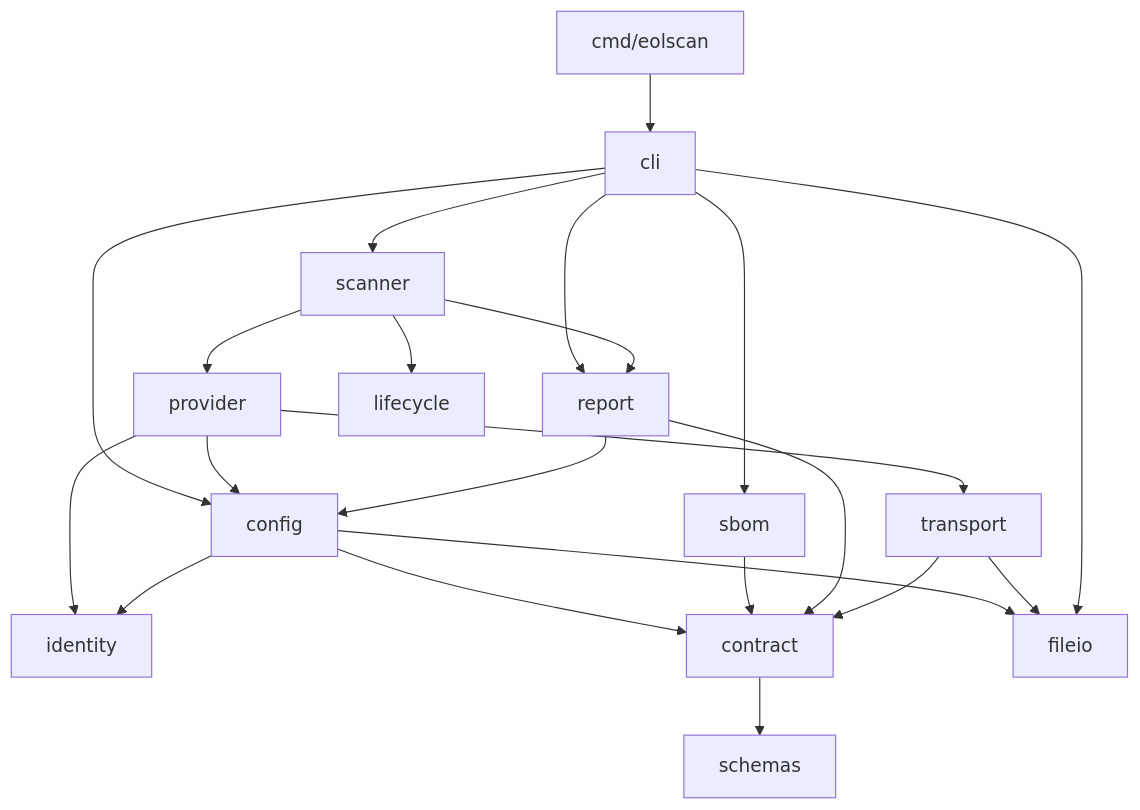
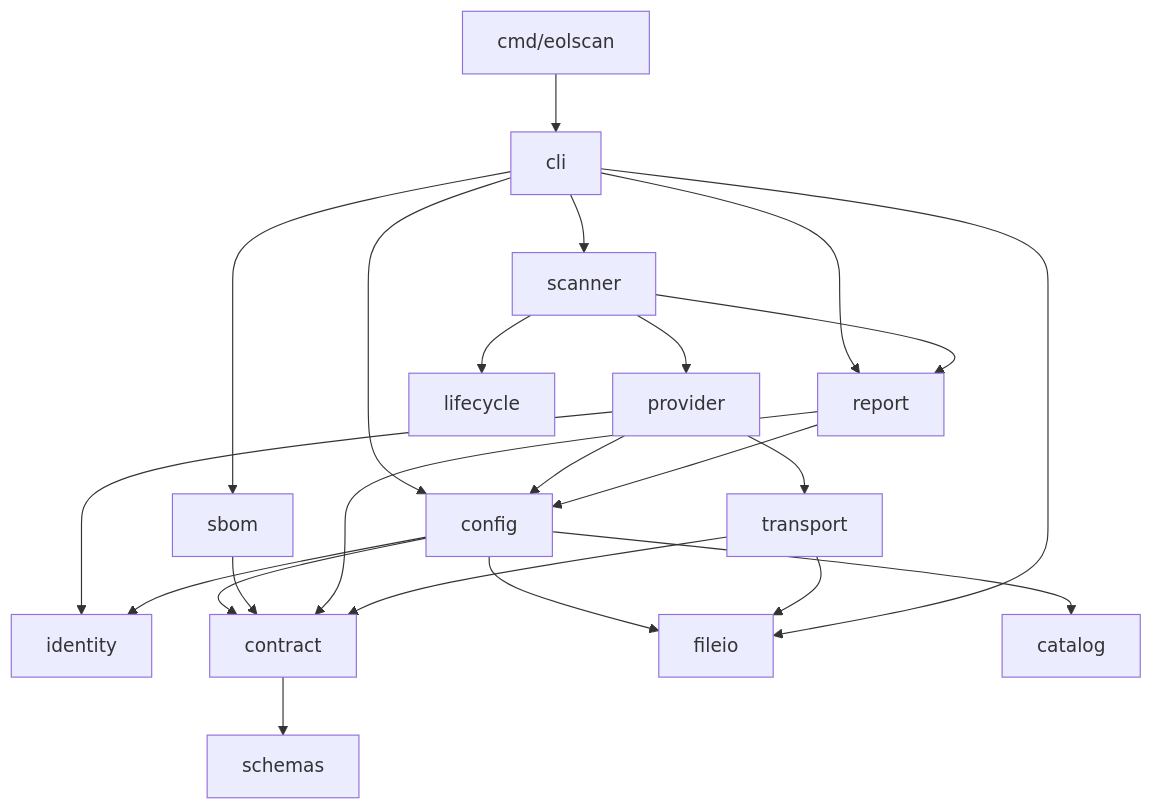
One commit to Pirikara/eolscan changed the diagram in docs/architecture.md. Above: the diagram before and after it, drawn with Mermaid. The commit also changed other lines of this file and 46 other files, not shown here.

````diff
--- a/docs/architecture.md
+++ b/docs/architecture.md
@@ -27,24 +28,25 @@
 ```mermaid
 flowchart TD
     command["cmd/eolscan"] --> cli
     cli --> config
     cli --> sbom
     cli --> scanner
     cli --> report
     scanner --> provider
     scanner --> lifecycle
     scanner --> report
     provider --> transport
     provider --> identity
     provider --> config
     config --> identity
     config --> contract
     config --> fileio
+    config --> catalog
     sbom --> contract
     report --> contract
     report --> config
     transport --> contract
     transport --> fileio
     cli --> fileio
     contract --> schemas
 ```
````
